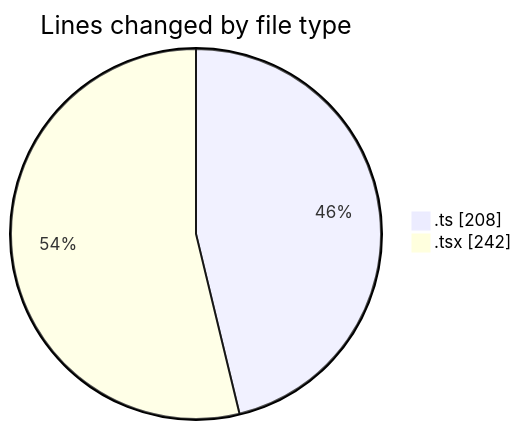
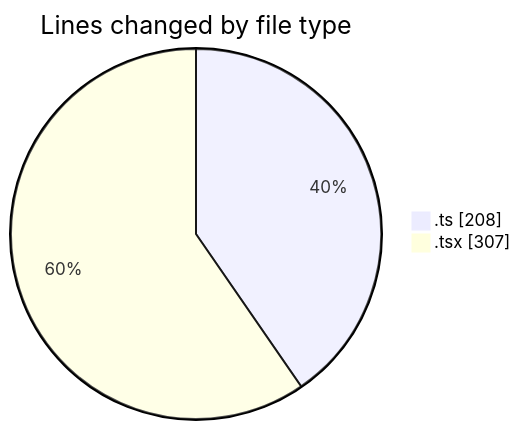
Before and after one commit to robertbonfada/code-tracking: the first of 2 diagrams in 2025-01-27/termonied-web/README.md, drawn with Mermaid. The commit also changed other lines of this file and 1 other file, not shown here.

````diff
--- a/2025-01-27/termonied-web/README.md
+++ b/2025-01-27/termonied-web/README.md
@@ -24,6 +24,6 @@
 ```mermaid
 pie showData
 title Lines changed by file type
 ".ts" : 208
-".tsx" : 242
+".tsx" : 307
 ```
````
